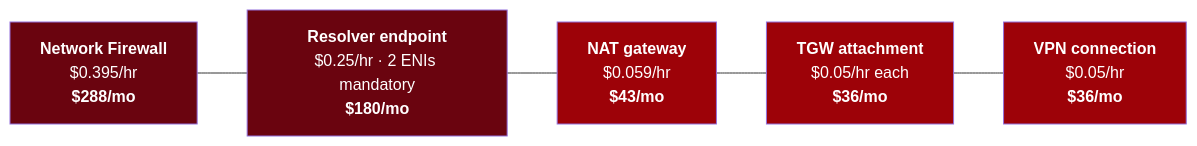
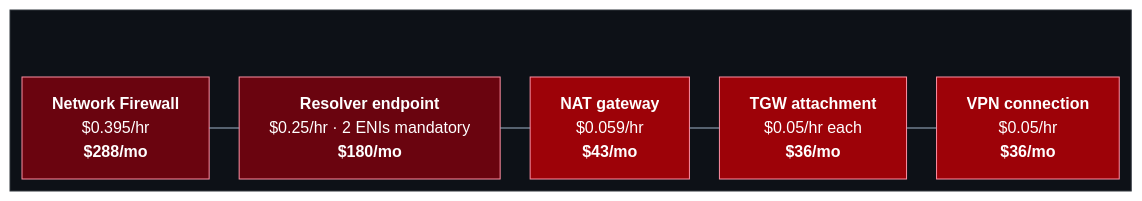
One commit to HuyNguyen260398/aws-network-architecture changed the fifth of 5 diagrams in docs/diagrams/README.md. Above: the diagram before and after it, drawn with Mermaid. The commit also changed other lines of this file and 13 other files, not shown here.

First line of the commit message:
docs(diagrams): restyle all Mermaid diagrams for dark mode and orthogonal lines

````diff
--- a/docs/diagrams/README.md
+++ b/docs/diagrams/README.md
@@ -188,16 +308,38 @@
 ```mermaid
-graph LR
-    NFW["<b>Network Firewall</b><br/>$0.395/hr<br/><b>$288/mo</b>"]
-    RES["<b>Resolver endpoint</b><br/>$0.25/hr · 2 ENIs mandatory<br/><b>$180/mo</b>"]
-    NAT["<b>NAT gateway</b><br/>$0.059/hr<br/><b>$43/mo</b>"]
-    TGW["<b>TGW attachment</b><br/>$0.05/hr each<br/><b>$36/mo</b>"]
-    VPN["<b>VPN connection</b><br/>$0.05/hr<br/><b>$36/mo</b>"]
+---
+config:
+  layout: elk
+  theme: base
+  themeVariables:
+    lineColor: "#9fb3c8"
+    textColor: "#e6edf3"
+    primaryColor: "#21262d"
+    primaryTextColor: "#e6edf3"
+    primaryBorderColor: "#6e7681"
+    edgeLabelBackground: "#0d1117"
+    clusterBkg: "#161b22"
+    clusterBorder: "#6e7681"
+    titleColor: "#e6edf3"
+  flowchart:
+    curve: rounded
+    wrappingWidth: 420
+---
+flowchart LR
+    subgraph CANVAS[" "]
+        NFW["<b>Network Firewall</b><br/>$0.395/hr<br/><b>$288/mo</b>"]
+        RES["<b>Resolver endpoint</b><br/>$0.25/hr · 2 ENIs mandatory<br/><b>$180/mo</b>"]
+        NAT["<b>NAT gateway</b><br/>$0.059/hr<br/><b>$43/mo</b>"]
+        TGW["<b>TGW attachment</b><br/>$0.05/hr each<br/><b>$36/mo</b>"]
+        VPN["<b>VPN connection</b><br/>$0.05/hr<br/><b>$36/mo</b>"]
+    end
 
     NFW --- RES --- NAT --- TGW --- VPN
 
-    style NFW fill:#6a040f,color:#fff
-    style RES fill:#6a040f,color:#fff
-    style NAT fill:#9d0208,color:#fff
-    style TGW fill:#9d0208,color:#fff
-    style VPN fill:#9d0208,color:#fff
+    classDef canvas fill:#0d1117,stroke:#30363d,color:#e6edf3
+    classDef billed fill:#9d0208,stroke:#ff8fa3,color:#fff
+    classDef costly fill:#6a040f,stroke:#ff8fa3,color:#fff
+
+    class CANVAS canvas
+    class NAT,TGW,VPN billed
+    class NFW,RES costly
 ```
````
